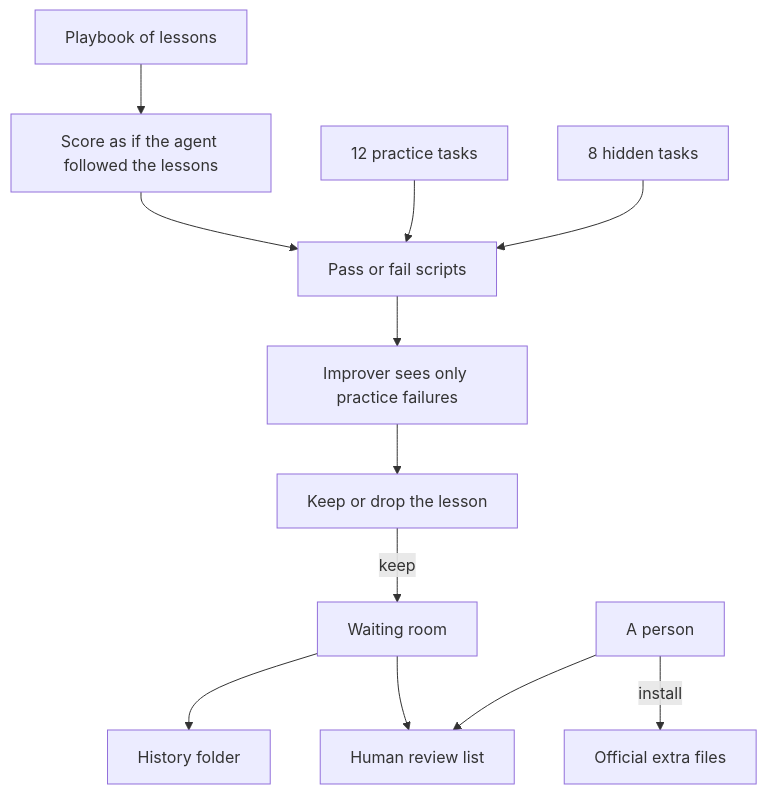
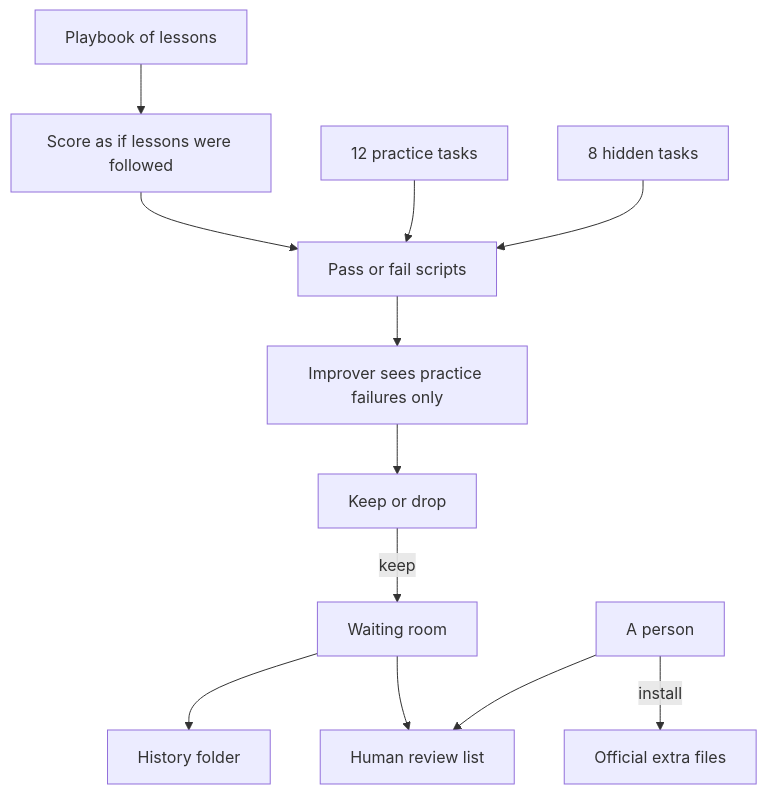
One commit to Vinayak-RZ/Improveness changed the first of 3 diagrams in README.md. Above: the diagram before and after it, drawn with Mermaid. The commit also changed other lines of this file, not shown here.

````diff
--- a/README.md
+++ b/README.md
@@ -200,14 +156,14 @@
 ```mermaid
 flowchart TD
-  playbook[Playbook of lessons] --> solver[Score as if the agent followed the lessons]
+  playbook[Playbook of lessons] --> solver[Score as if lessons were followed]
   solver --> checker[Pass or fail scripts]
   practice[12 practice tasks] --> checker
   hidden[8 hidden tasks] --> checker
-  checker --> improver[Improver sees only practice failures]
-  improver --> decide[Keep or drop the lesson]
+  checker --> improver[Improver sees practice failures only]
+  improver --> decide[Keep or drop]
   decide -->|keep| waiting[Waiting room]
   waiting --> history[History folder]
   waiting --> queue[Human review list]
   person[A person] --> queue
   person -->|install| official[Official extra files]
 ```
````
